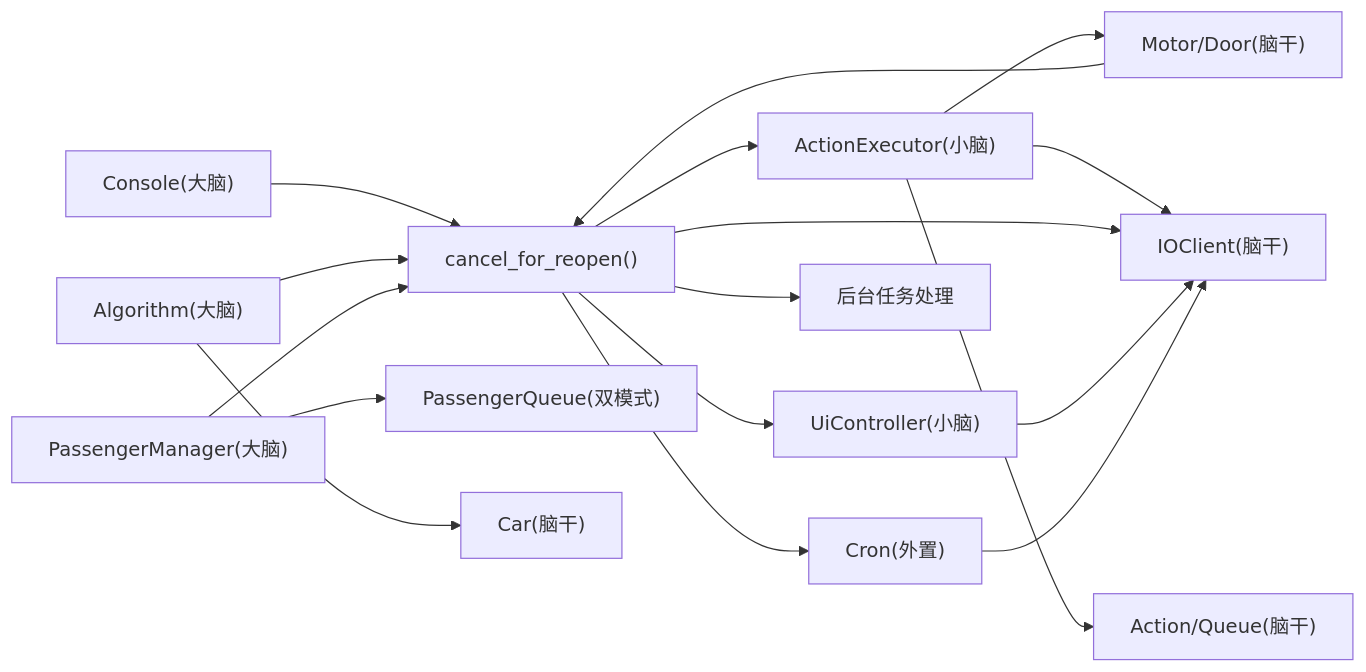
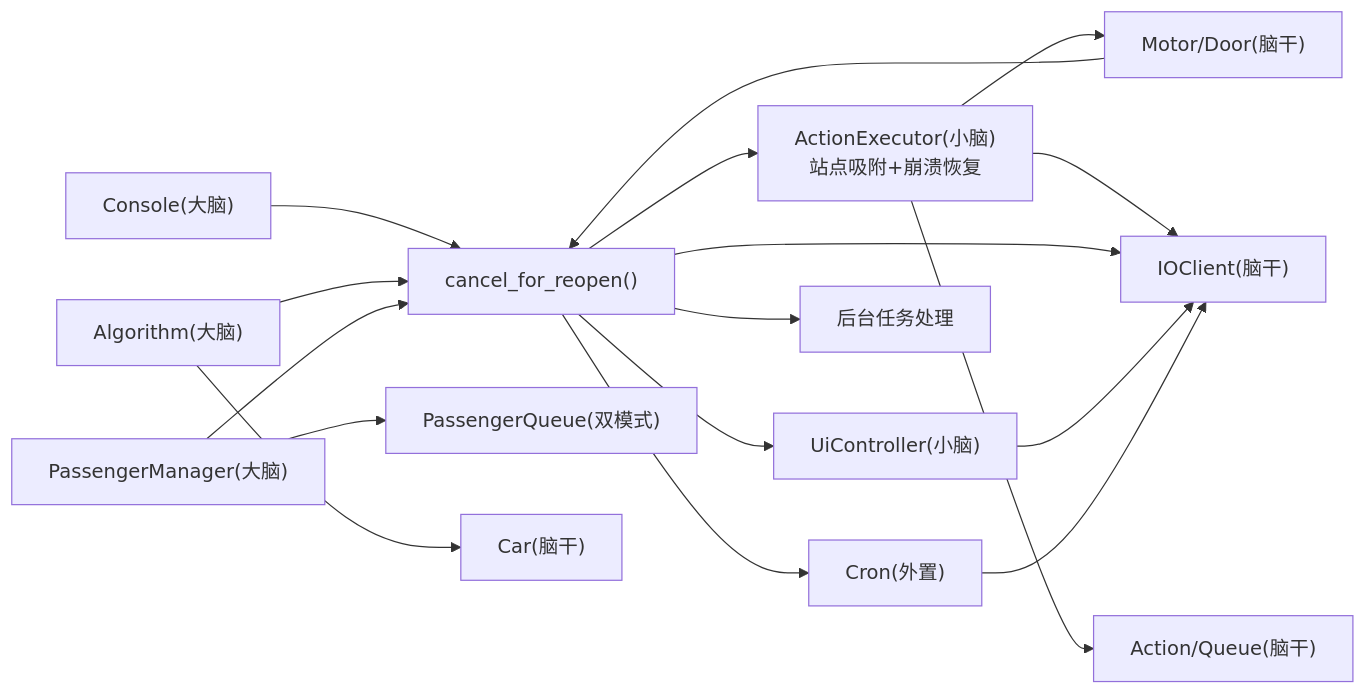
The eighth of 8 diagrams in .qoder/repowiki/zh/content/系统架构概览/系统架构概览.md (xmb505/Haku_EET), drawn with Mermaid before and after one commit. The commit also changed other lines of this file and 10 other files, not shown here.

````diff
--- a/.qoder/repowiki/zh/content/系统架构概览/系统架构概览.md
+++ b/.qoder/repowiki/zh/content/系统架构概览/系统架构概览.md
@@ -384,19 +427,19 @@
 ```mermaid
 graph LR
 Console["Console(大脑)"] --> App["App(小脑)"]
 Algorithm["Algorithm(大脑)"] --> App
 Passenger["PassengerManager(大脑)"] --> App
 Passenger --> PassengerQueue["PassengerQueue(双模式)"]
-App --> Executor["ActionExecutor(小脑)"]
+App --> Executor["ActionExecutor(小脑)<br/>站点吸附+崩溃恢复"]
 App --> UI["UiController(小脑)"]
 App --> Cron["Cron(外置)"]
 App --> _fire_and_forget["后台任务处理"]
 Executor --> Controllers["Motor/Door(脑干)"]
 Executor --> IO["IOClient(脑干)"]
 App --> IO
 UI --> IO
 Executor --> Actions["Action/Queue(脑干)"]
 Algorithm --> Player["Car(脑干)"]
 Cron --> IO
 Controllers --> App["cancel_for_reopen()"]
 ```
````
